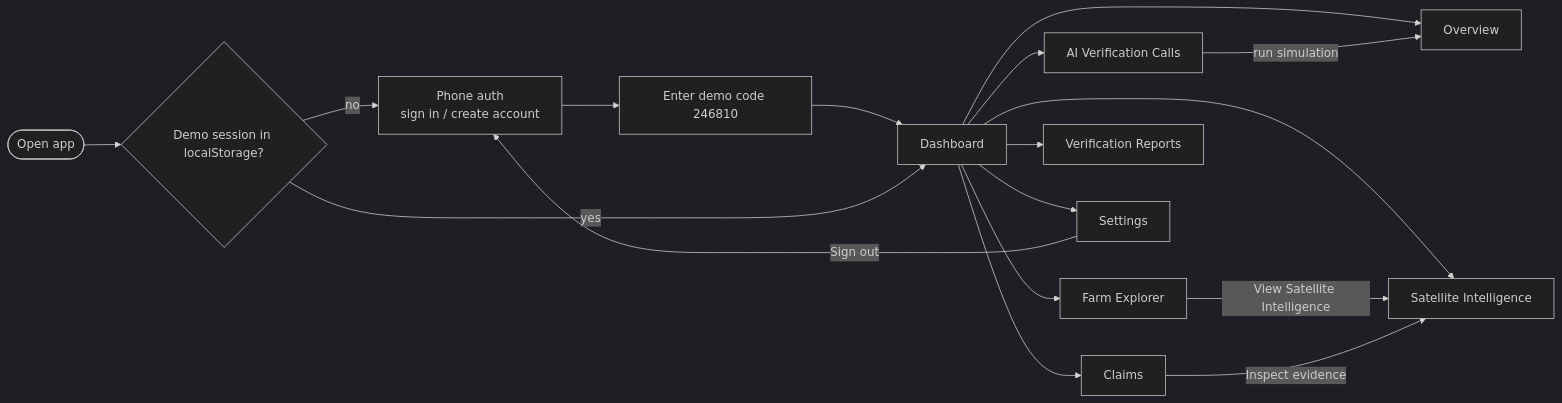
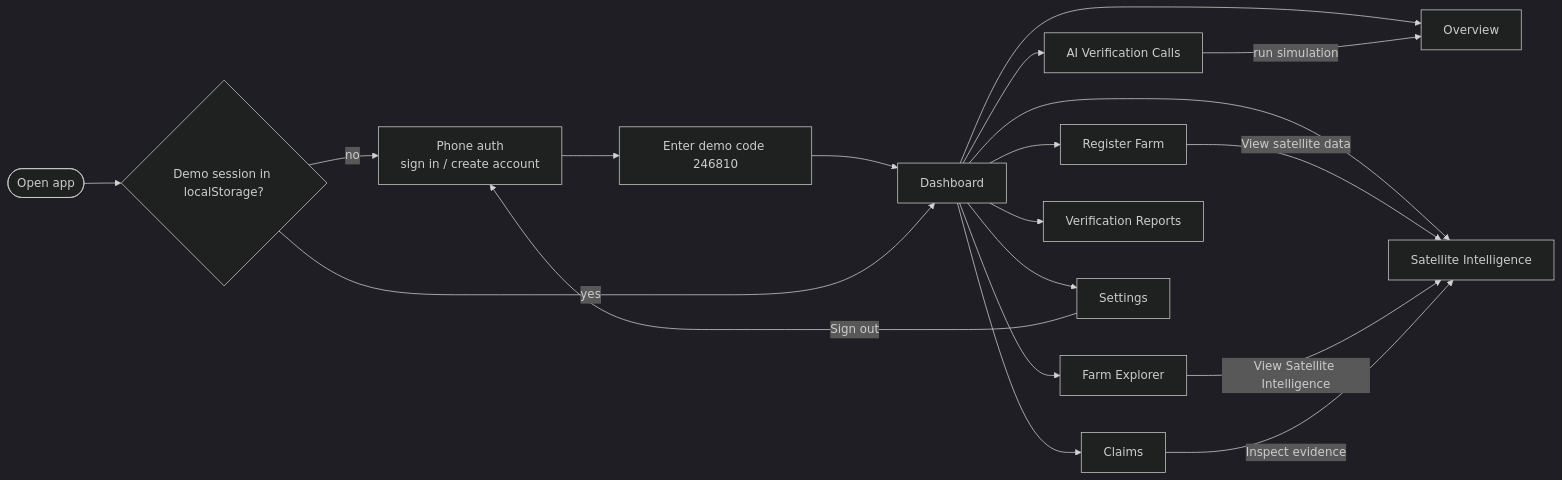
Before and after one commit to Divzy-B/AgriVerify: the diagram in docs/ui-ux-wireframes.md, drawn with Mermaid (dark theme). The commit also changed other lines of this file and 16 other files, not shown here.

First line of the commit message:
Add Register Farm screen and POST /registrations

````diff
--- a/docs/ui-ux-wireframes.md
+++ b/docs/ui-ux-wireframes.md
@@ -7,19 +7,21 @@
 ```mermaid
 flowchart LR
     Start([Open app]) --> Auth{Demo session in localStorage?}
     Auth -- no --> Phone[Phone auth<br/>sign in / create account]
     Phone --> Code[Enter demo code 246810]
     Code --> Dash
     Auth -- yes --> Dash[Dashboard]
     Dash --> O[Overview]
     Dash --> FE[Farm Explorer]
+    Dash --> RF[Register Farm]
     Dash --> SI[Satellite Intelligence]
+    RF -- View satellite data --> SI
     Dash --> C[Claims]
     Dash --> V[AI Verification Calls]
     Dash --> R[Verification Reports]
     Dash --> S[Settings]
     FE -- View Satellite Intelligence --> SI
     C -- Inspect evidence --> SI
     V -- run simulation --> O
     S -- Sign out --> Phone
 ```
````
